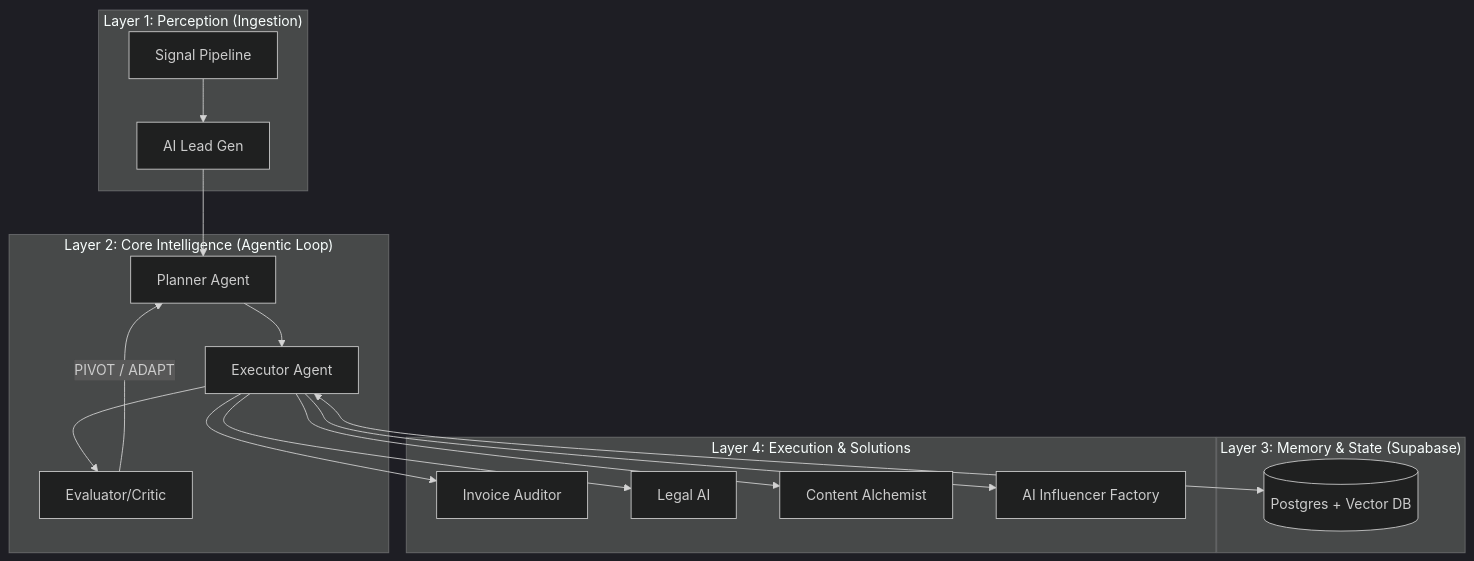
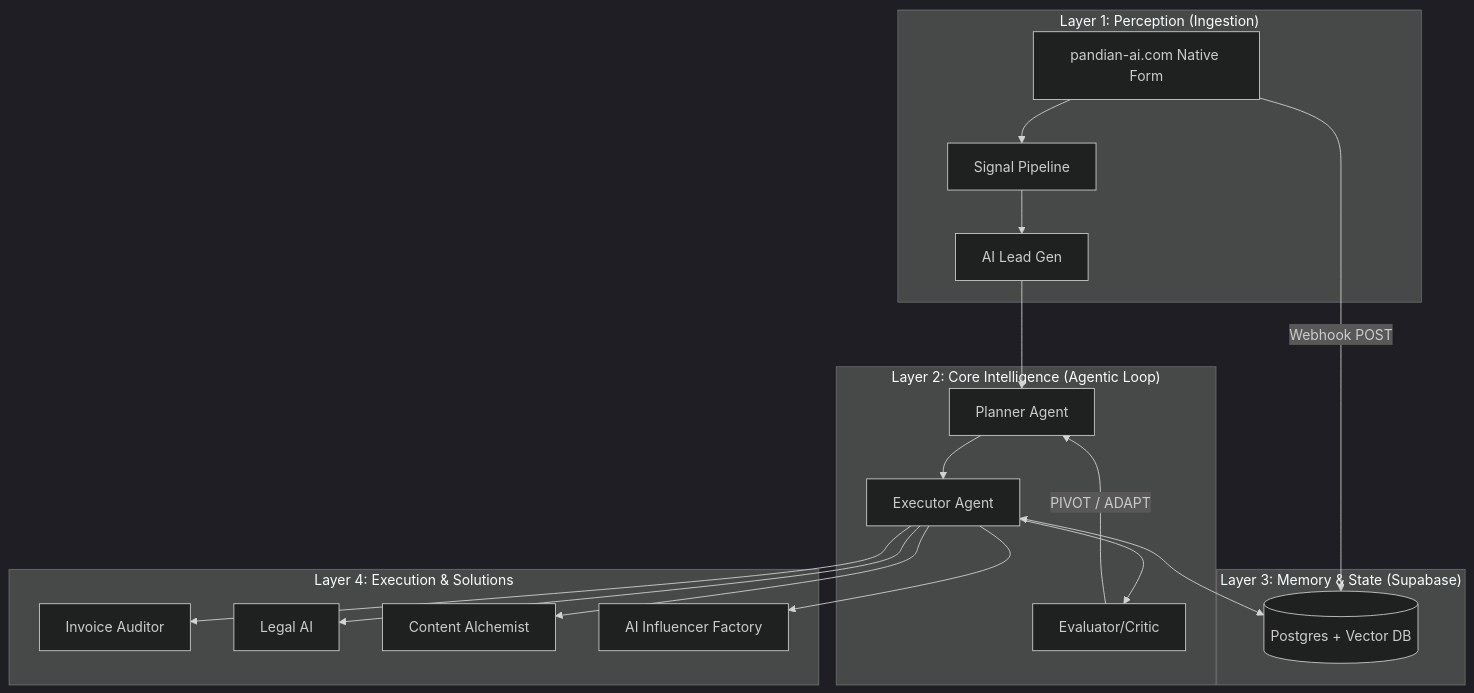
The diagram in README.md (kspandian32-sudo/Enterprise-n8n-Architectures), drawn with Mermaid (dark theme) before and after one commit. The commit also changed other lines of this file, not shown here.

Commit message:
docs: add pandian-ai.com live portal, update L1 architecture to native intake, remove Tally references

````diff
--- a/README.md
+++ b/README.md
@@ -16,27 +19,29 @@
 ```mermaid
 graph TD
     subgraph "Layer 1: Perception (Ingestion)"
-        A[Signal Pipeline] --> B[AI Lead Gen]
+        A0["pandian-ai.com Native Form"] --> A[Signal Pipeline]
+        A --> B[AI Lead Gen]
     end
     subgraph "Layer 2: Core Intelligence (Agentic Loop)"
         C[Planner Agent] --> D[Executor Agent]
         D --> E[Evaluator/Critic]
         E -- "PIVOT / ADAPT" --> C
     end
     subgraph "Layer 3: Memory & State (Supabase)"
         F[(Postgres + Vector DB)]
     end
     subgraph "Layer 4: Execution & Solutions"
         G[Invoice Auditor]
         H[Legal AI]
         I[Content Alchemist]
         J[AI Influencer Factory]
     end
     
+    A0 -- "Webhook POST" --> F
     B --> C
     D <--> F
     D --> G
     D --> H
     D --> I
     D --> J
 ```
````
